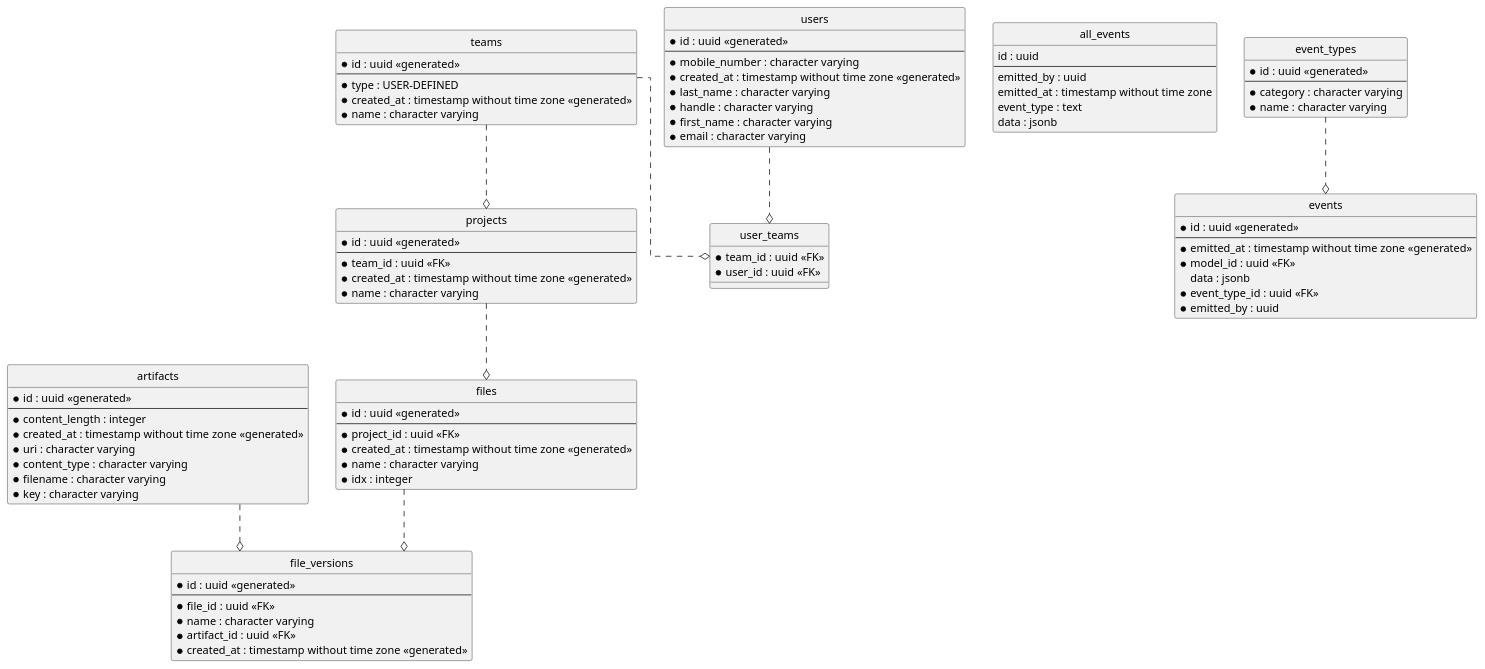
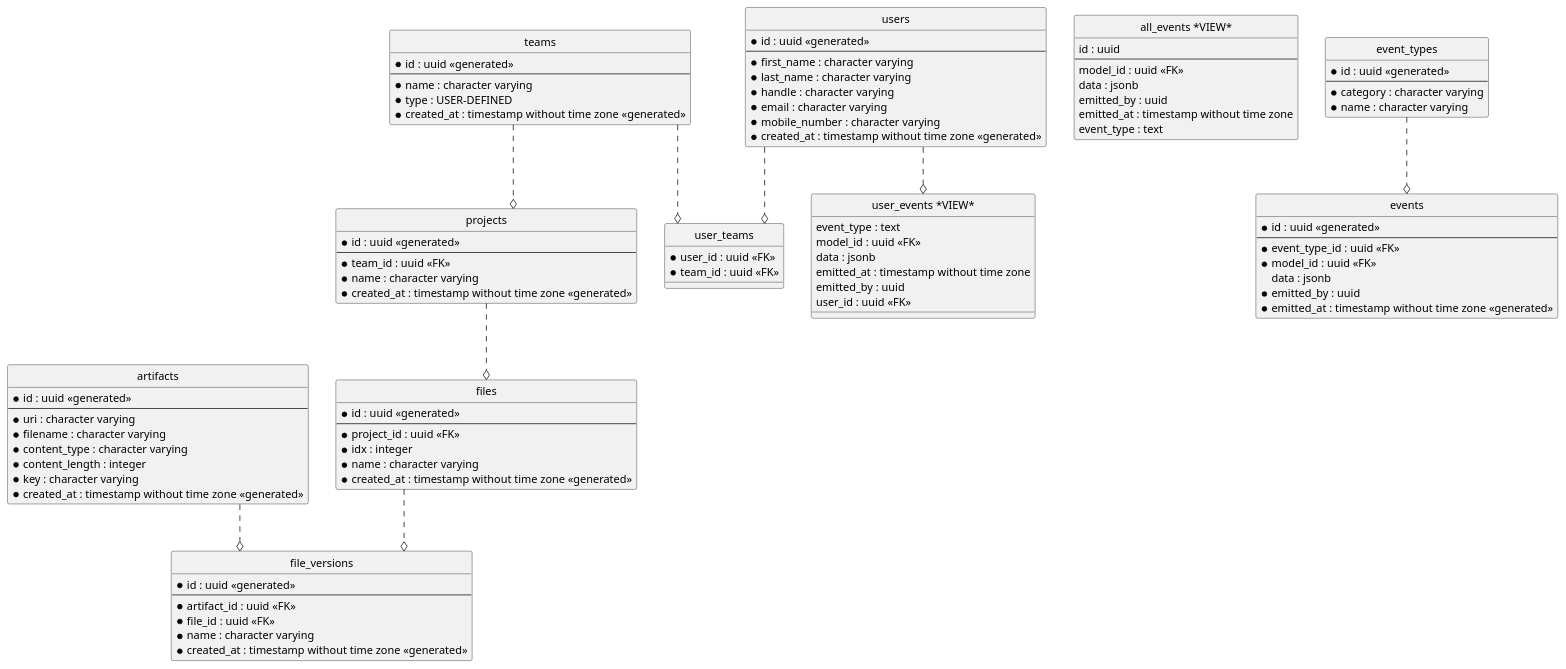
One commit to skuttleman/audiophile changed the diagram in resources/db/erd.puml. Above: the diagram before and after it, drawn with PlantUML. The commit also changed 4 other files, not shown here.

Commit message:
create view for querying missed events

```diff
--- a/resources/db/erd.puml
+++ b/resources/db/erd.puml
@@ -1,100 +1,111 @@
 @startuml
 hide circle
 skinparam linetype ortho
 
 entity "artifacts" as artifacts {
   * id : uuid <<generated>>
   --
+  * uri : character varying
+  * filename : character varying
+  * content_type : character varying
   * content_length : integer
+  * key : character varying
   * created_at : timestamp without time zone <<generated>>
-  * uri : character varying
-  * content_type : character varying
-  * filename : character varying
-  * key : character varying
 }
 
 entity "teams" as teams {
   * id : uuid <<generated>>
   --
+  * name : character varying
   * type : USER-DEFINED
   * created_at : timestamp without time zone <<generated>>
-  * name : character varying
 }
 
 entity "files" as files {
   * id : uuid <<generated>>
   --
   * project_id : uuid <<FK>>
+  * idx : integer
+  * name : character varying
   * created_at : timestamp without time zone <<generated>>
-  * name : character varying
-  * idx : integer
 }
 
-entity "all_events" as all_events {
+entity "all_events *VIEW*" as all_events {
   id : uuid
   --
+  model_id : uuid <<FK>>
+  data : jsonb
   emitted_by : uuid
   emitted_at : timestamp without time zone
   event_type : text
-  data : jsonb
 }
 
 entity "event_types" as event_types {
   * id : uuid <<generated>>
   --
   * category : character varying
   * name : character varying
 }
 
 entity "users" as users {
   * id : uuid <<generated>>
   --
+  * first_name : character varying
+  * last_name : character varying
+  * handle : character varying
+  * email : character varying
   * mobile_number : character varying
   * created_at : timestamp without time zone <<generated>>
-  * last_name : character varying
-  * handle : character varying
-  * first_name : character varying
-  * email : character varying
 }
 
 entity "file_versions" as file_versions {
   * id : uuid <<generated>>
   --
+  * artifact_id : uuid <<FK>>
   * file_id : uuid <<FK>>
   * name : character varying
-  * artifact_id : uuid <<FK>>
   * created_at : timestamp without time zone <<generated>>
 }
 
 entity "events" as events {
   * id : uuid <<generated>>
   --
-  * emitted_at : timestamp without time zone <<generated>>
+  * event_type_id : uuid <<FK>>
   * model_id : uuid <<FK>>
   data : jsonb
-  * event_type_id : uuid <<FK>>
   * emitted_by : uuid
+  * emitted_at : timestamp without time zone <<generated>>
 }
 
 entity "projects" as projects {
   * id : uuid <<generated>>
   --
   * team_id : uuid <<FK>>
+  * name : character varying
   * created_at : timestamp without time zone <<generated>>
-  * name : character varying
 }
 
 entity "user_teams" as user_teams {
+  * user_id : uuid <<FK>>
   * team_id : uuid <<FK>>
-  * user_id : uuid <<FK>>
+}
+
+entity "user_events *VIEW*" as user_events {
+  event_type : text
+  model_id : uuid <<FK>>
+  data : jsonb
+  emitted_at : timestamp without time zone
+  emitted_by : uuid
+  user_id : uuid <<FK>>
 }
 
 projects ..o files
+artifacts ..o file_versions
 files ..o file_versions
-artifacts ..o file_versions
 event_types ..o events
 teams ..o projects
+users ..o user_teams
 teams ..o user_teams
-users ..o user_teams
+users ..o user_events
 
 @enduml
```
